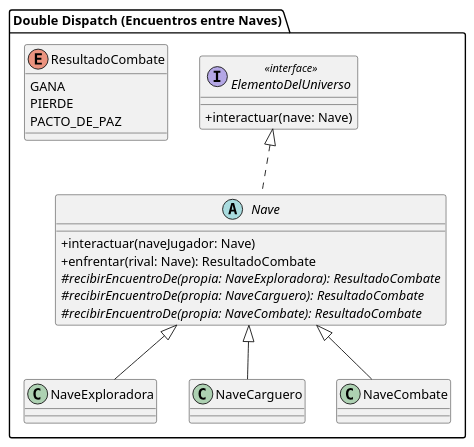
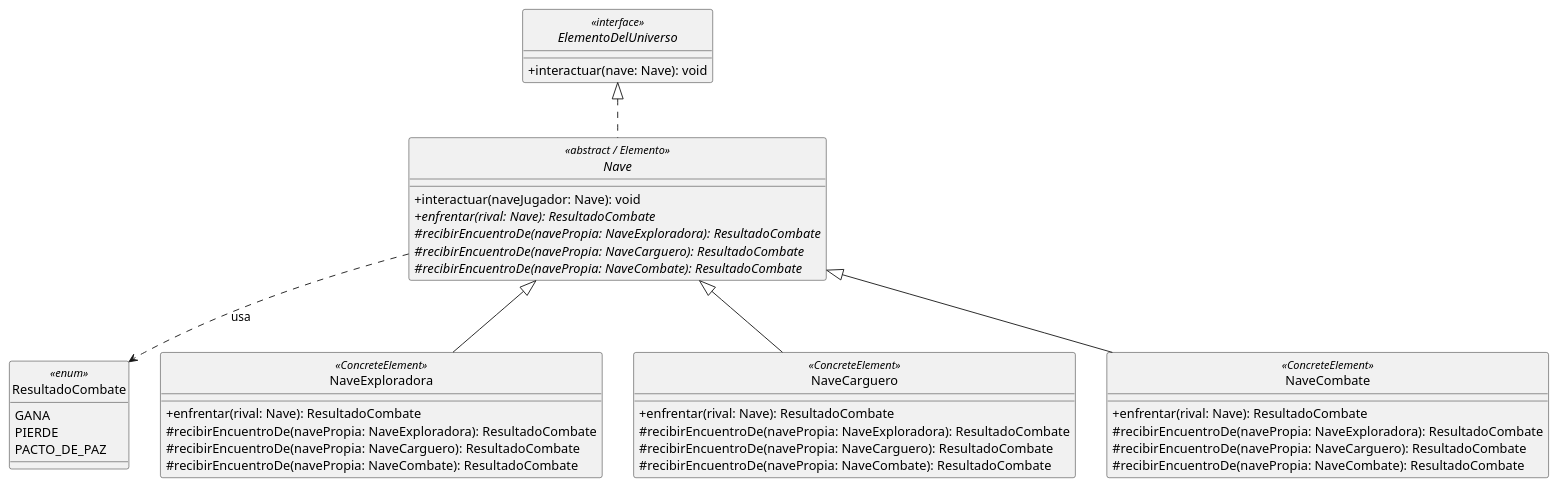
The diagram in uml_double_dispatch.puml (urielaristegui/TP-prograC-grupo-12), drawn with PlantUML before and after one commit. The commit also changed 8 other files, not shown here.

```diff
--- a/uml_double_dispatch.puml
+++ b/uml_double_dispatch.puml
@@ -1,27 +1,45 @@
 @startuml
 skinparam classAttributeIconSize 0
+skinparam monochrome false
+skinparam style strictuml
+interface ElementoDelUniverso <<interface>> {
+    + interactuar(nave: Nave): void
+}
 
-package "Double Dispatch (Encuentros entre Naves)" {
-    interface ElementoDelUniverso <<interface>> {
-        + interactuar(nave: Nave)
-    }
+enum ResultadoCombate <<enum>> {
+    GANA
+    PIERDE
+    PACTO_DE_PAZ
+}
 
-    abstract class Nave implements ElementoDelUniverso {
-        + interactuar(naveJugador: Nave)
-        + enfrentar(rival: Nave): ResultadoCombate
-        # {abstract} recibirEncuentroDe(propia: NaveExploradora): ResultadoCombate
-        # {abstract} recibirEncuentroDe(propia: NaveCarguero): ResultadoCombate
-        # {abstract} recibirEncuentroDe(propia: NaveCombate): ResultadoCombate
-    }
+abstract class Nave <<abstract / Elemento>> implements ElementoDelUniverso {
+    + interactuar(naveJugador: Nave): void
+    + {abstract} enfrentar(rival: Nave): ResultadoCombate
+    # {abstract} recibirEncuentroDe(navePropia: NaveExploradora): ResultadoCombate
+    # {abstract} recibirEncuentroDe(navePropia: NaveCarguero): ResultadoCombate
+    # {abstract} recibirEncuentroDe(navePropia: NaveCombate): ResultadoCombate
+}
 
-    class NaveExploradora extends Nave
-    class NaveCarguero extends Nave
-    class NaveCombate extends Nave
+class NaveExploradora <<ConcreteElement>> extends Nave {
+    + enfrentar(rival: Nave): ResultadoCombate
+    # recibirEncuentroDe(navePropia: NaveExploradora): ResultadoCombate
+    # recibirEncuentroDe(navePropia: NaveCarguero): ResultadoCombate
+    # recibirEncuentroDe(navePropia: NaveCombate): ResultadoCombate
+}
 
-    enum ResultadoCombate {
-        GANA
-        PIERDE
-        PACTO_DE_PAZ
-    }
+class NaveCarguero <<ConcreteElement>> extends Nave {
+    + enfrentar(rival: Nave): ResultadoCombate
+    # recibirEncuentroDe(navePropia: NaveExploradora): ResultadoCombate
+    # recibirEncuentroDe(navePropia: NaveCarguero): ResultadoCombate
+    # recibirEncuentroDe(navePropia: NaveCombate): ResultadoCombate
 }
+
+class NaveCombate <<ConcreteElement>> extends Nave {
+    + enfrentar(rival: Nave): ResultadoCombate
+    # recibirEncuentroDe(navePropia: NaveExploradora): ResultadoCombate
+    # recibirEncuentroDe(navePropia: NaveCarguero): ResultadoCombate
+    # recibirEncuentroDe(navePropia: NaveCombate): ResultadoCombate
+}
+
+Nave ..> ResultadoCombate : usa
 @enduml
```
